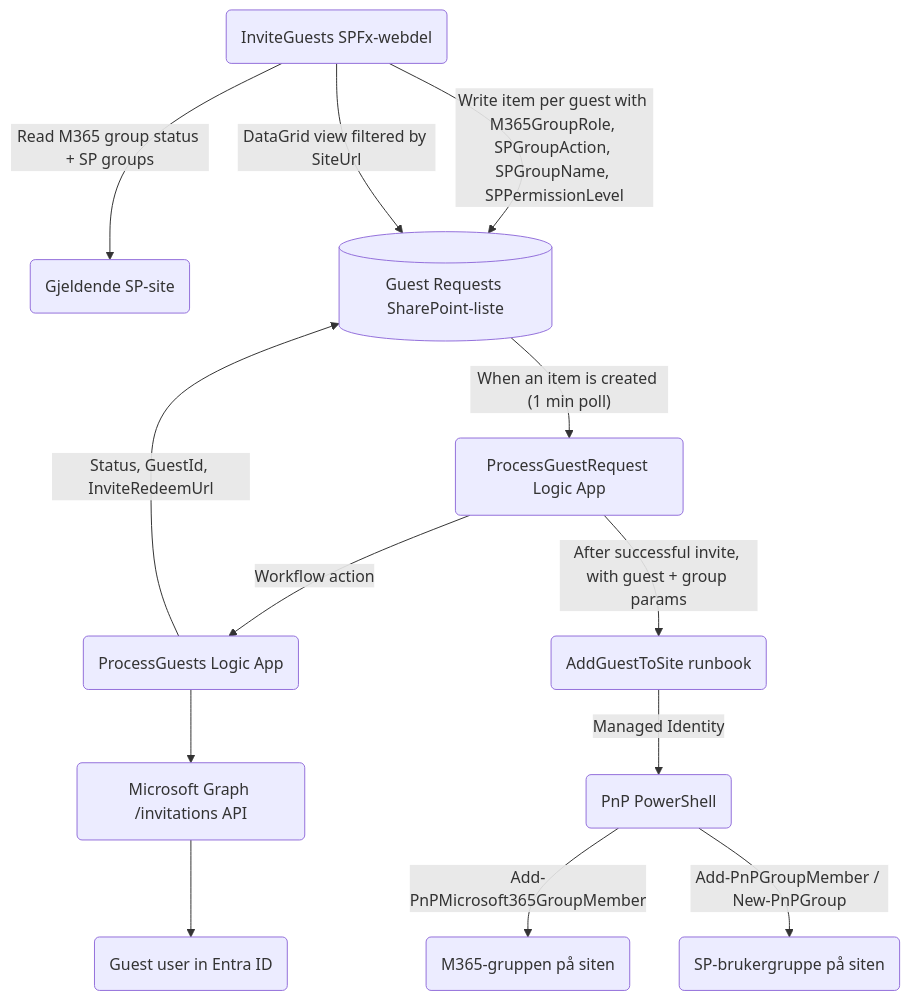
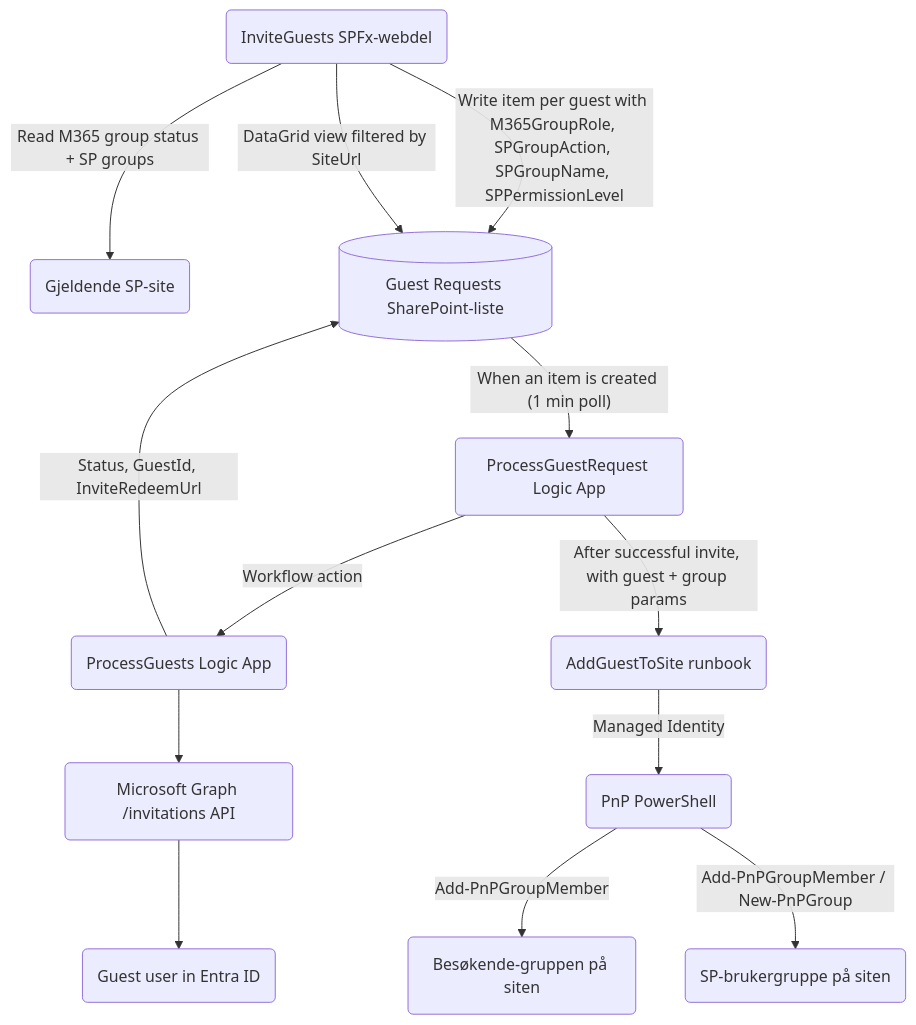
The second of 2 diagrams in Teknisk-losningsbeskrivelse.md (Puzzlepart/bestillingsportalen), drawn with Mermaid before and after one commit. The commit also changed other lines of this file and 14 other files, not shown here.

````diff
--- a/Teknisk-losningsbeskrivelse.md
+++ b/Teknisk-losningsbeskrivelse.md
@@ -32,14 +32,14 @@
 ``` mermaid
 graph TD
     A(InviteGuests SPFx-webdel) --> | Read M365 group status + SP groups | A2(Gjeldende SP-site)
     A --> | Write item per guest with M365GroupRole, SPGroupAction, SPGroupName, SPPermissionLevel | B[("Guest Requests SharePoint-liste")]
     B --> |"When an item is created (1 min poll)"| C(ProcessGuestRequest Logic App)
     C --> | Workflow action | D(ProcessGuests Logic App)
     D --> E(Microsoft Graph /invitations API) --> F(Guest user in Entra ID)
     D --> | Status, GuestId, InviteRedeemUrl | B
     C --> | After successful invite, with guest + group params | G(AddGuestToSite runbook)
     G --> | Managed Identity | H(PnP PowerShell)
-    H --> | Add-PnPMicrosoft365GroupMember | I2(M365-gruppen på siten)
+    H --> | Add-PnPGroupMember | I2(Besøkende-gruppen på siten)
     H --> | Add-PnPGroupMember / New-PnPGroup | J2(SP-brukergruppe på siten)
     A --> | DataGrid view filtered by SiteUrl | B
 ```
````
